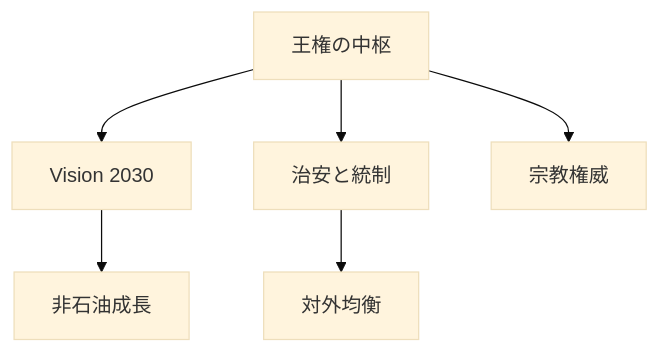
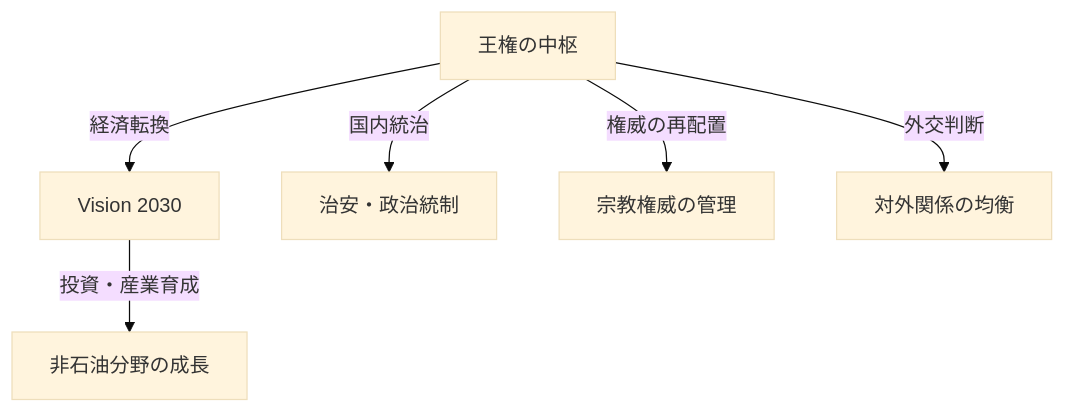
One commit to daylight55/research changed the first of 2 diagrams in articles/report/saudi-arabia-geopolitical-profile/ja/index.mdx. Above: the diagram before and after it, drawn with Mermaid (base theme). The commit also changed other lines of this file and 181 other files, not shown here.

First line of the commit message:
全記事の図解368点を再生成し、共通注意書きを削除 (#402)

````diff
--- a/articles/report/saudi-arabia-geopolitical-profile/ja/index.mdx
+++ b/articles/report/saudi-arabia-geopolitical-profile/ja/index.mdx
@@ -32,8 +32,16 @@
 ```mermaid
 flowchart TD
-  A["王権の中枢"] --> B["Vision 2030"]
-  A --> C["治安と統制"]
-  A --> D["宗教権威"]
-  B --> E["非石油成長"]
-  C --> F["対外均衡"]
+  accTitle: サウジの王権・経済転換・政治統制
+  accDescr: Vision 2030による非石油成長と、治安・宗教権威の統制、対外均衡を区別して読む。
+  N0["王権の中枢"]
+  N1["Vision 2030"]
+  N2["非石油分野の成長"]
+  N3["治安・政治統制"]
+  N4["宗教権威の管理"]
+  N5["対外関係の均衡"]
+  N0 -->|経済転換| N1
+  N1 -->|投資・産業育成| N2
+  N0 -->|国内統治| N3
+  N0 -->|権威の再配置| N4
+  N0 -->|外交判断| N5
 ```
````
